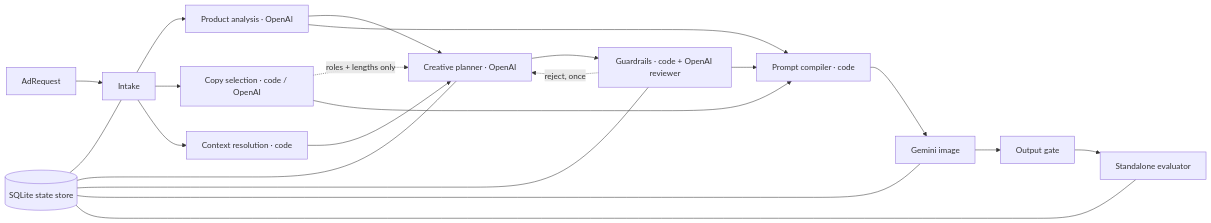
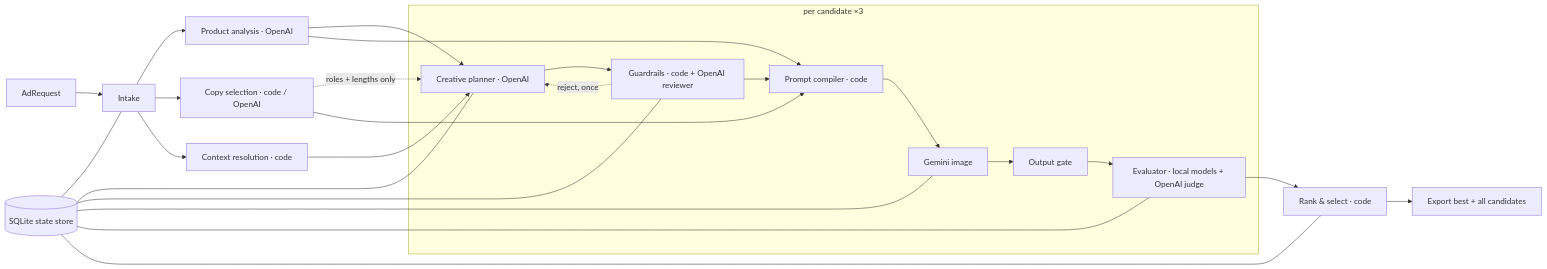
One commit to GarmitPant/ad-image-generator-evaluator changed the diagram in docs/design/README.md. Above: the diagram before and after it, drawn with Mermaid. The commit also changed other lines of this file and 12 other files, not shown here.

````diff
--- a/docs/design/README.md
+++ b/docs/design/README.md
@@ -23,19 +23,29 @@
 ```mermaid
 flowchart LR
     Req[AdRequest] --> S1[Intake]
     S1 --> S2[Product analysis · OpenAI]
     S1 --> S3[Copy selection · code / OpenAI]
     S1 --> S4[Context resolution · code]
     S2 --> S5[Creative planner · OpenAI]
     S4 --> S5
     S3 -. roles + lengths only .-> S5
+    subgraph PC["per candidate ×3"]
+    S5
+    S6
+    S7
+    S8
+    S9
+    Ev
+    end
     S5 --> S6[Guardrails · code + OpenAI reviewer]
     S6 -. reject, once .-> S5
     S6 --> S7[Prompt compiler · code]
     S3 --> S7
     S2 --> S7
     S7 --> S8[Gemini image]
     S8 --> S9[Output gate]
-    S9 --> Ev[Standalone evaluator]
-    ST[(SQLite state store)] --- S1 & S5 & S6 & S8 & Ev
+    S9 --> Ev[Evaluator · local models + OpenAI judge]
+    Ev --> Sel[Rank & select · code]
+    Sel --> Out[Export best + all candidates]
+    ST[(SQLite state store)] --- S1 & S5 & S6 & S8 & Ev & Sel
 ```
````
